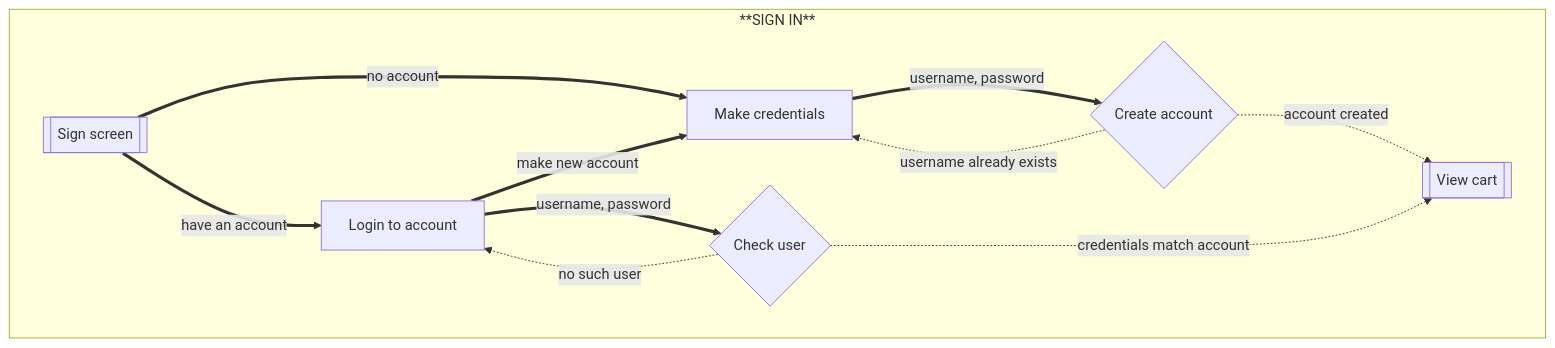
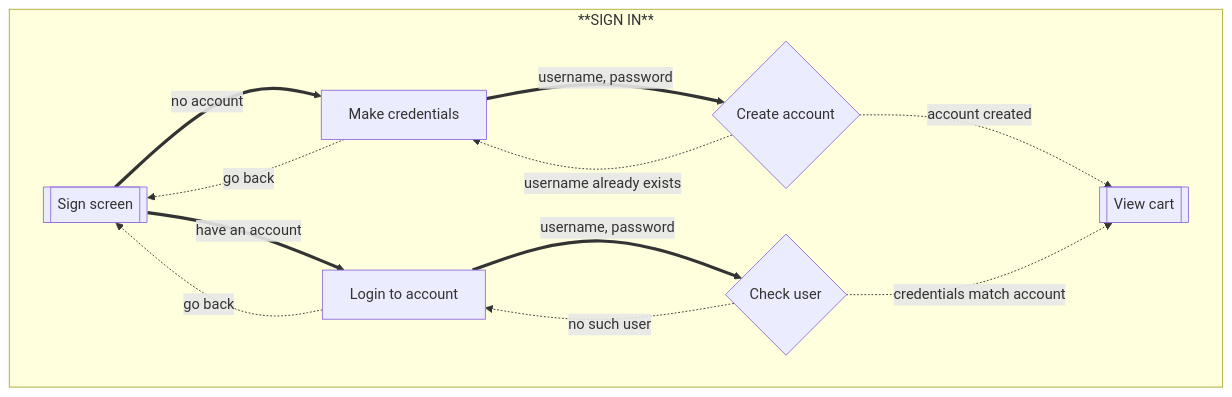
The third of 4 diagrams in 2452-pos/flows.md (samanthaegilson/COMP-2452), drawn with Mermaid before and after one commit. The commit also changed other lines of this file, not shown here.

Commit message:
Fixed flow. Now handing in phase 2

````diff
--- a/2452-pos/flows.md
+++ b/2452-pos/flows.md
@@ -44,22 +44,23 @@
 ```mermaid
 flowchart
   subgraph **SIGN IN**
     signIn[[Sign screen]]
     credentials[Make credentials]
     createAccount{Create account}
     login[Login to account]
     checkUser{Check user}
     cart[[View cart]]
 
     signIn ==no account==> credentials
+    credentials -.go back.-> signIn
     credentials ==username, password==> createAccount
     createAccount -.username already exists.-> credentials
     createAccount -.account created.-> cart
 
     signIn ==have an account==> login
-    login ==make new account==> credentials
+    login -.go back.-> signIn
     login ==username, password==> checkUser
     checkUser -.no such user.-> login
     checkUser -.credentials match account.-> cart
   end
 ```
````
